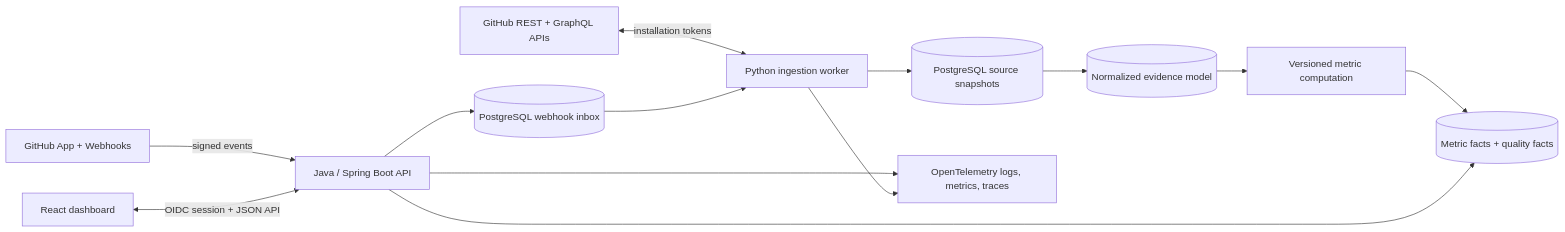
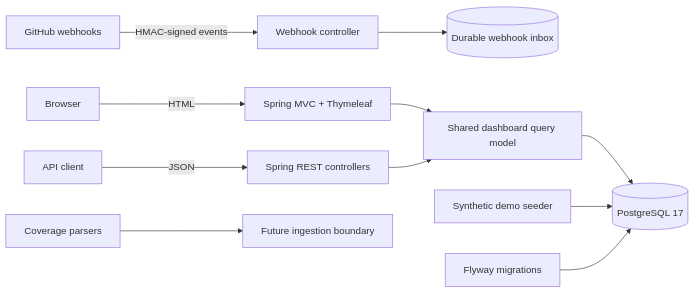
The second of 3 diagrams in outputs/mvp-product-architecture.md (Anirudh-Produturi/github-engineering-intelligence), drawn with Mermaid before and after one commit. The commit also changed other lines of this file and 8 other files, not shown here.

````diff
--- a/outputs/mvp-product-architecture.md
+++ b/outputs/mvp-product-architecture.md
@@ -82,15 +89,13 @@
 ```mermaid
 flowchart LR
-    GH[GitHub App + Webhooks] -->|signed events| API[Java / Spring Boot API]
-    API --> INBOX[(PostgreSQL webhook inbox)]
-    GHAPI[GitHub REST + GraphQL APIs] <-->|installation tokens| WORKER[Python ingestion worker]
-    INBOX --> WORKER
-    WORKER --> RAW[(PostgreSQL source snapshots)]
-    RAW --> NORM[(Normalized evidence model)]
-    NORM --> METRICS[Versioned metric computation]
-    METRICS --> MART[(Metric facts + quality facts)]
-    API --> MART
-    UI[React dashboard] <-->|OIDC session + JSON API| API
-    API --> OBS[OpenTelemetry logs, metrics, traces]
-    WORKER --> OBS
+    USER[Browser] -->|HTML| MVC[Spring MVC + Thymeleaf]
+    CLIENT[API client] -->|JSON| API[Spring REST controllers]
+    GH[GitHub webhooks] -->|HMAC-signed events| WEBHOOK[Webhook controller]
+    WEBHOOK --> INBOX[(Durable webhook inbox)]
+    MVC --> QUERY[Shared dashboard query model]
+    API --> QUERY
+    QUERY --> PG[(PostgreSQL 17)]
+    SEED[Synthetic demo seeder] --> PG
+    FLYWAY[Flyway migrations] --> PG
+    COVERAGE[Coverage parsers] --> FUTURE[Future ingestion boundary]
 ```
````
